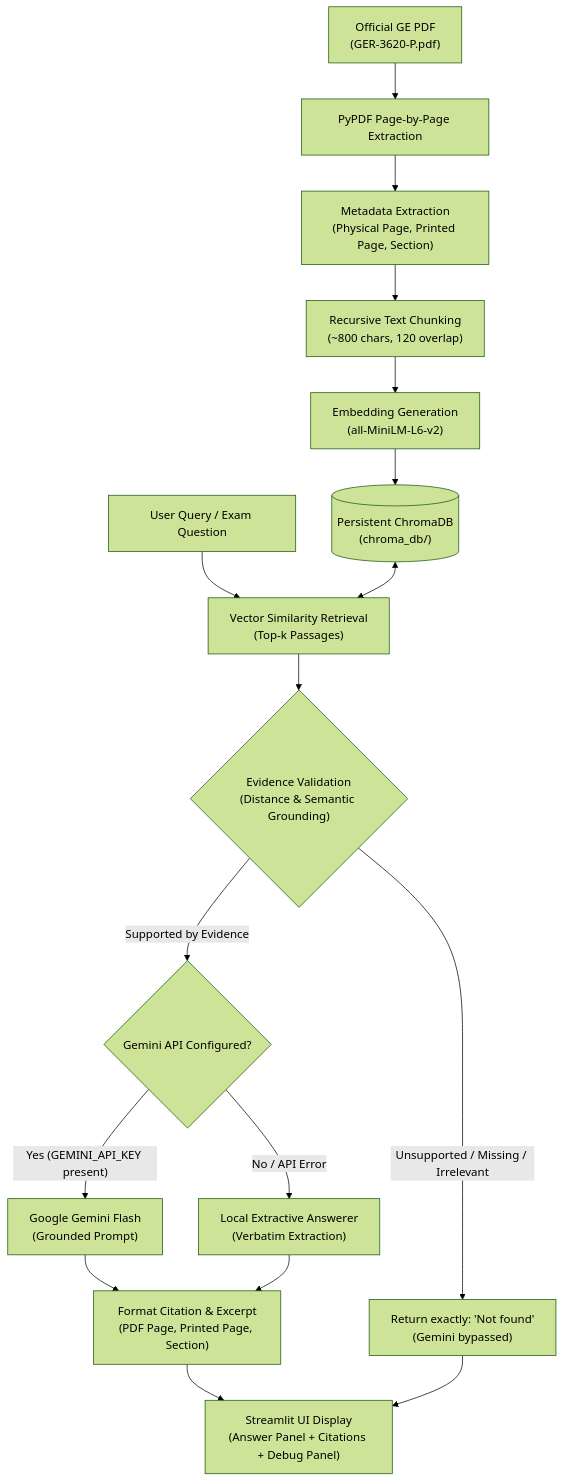
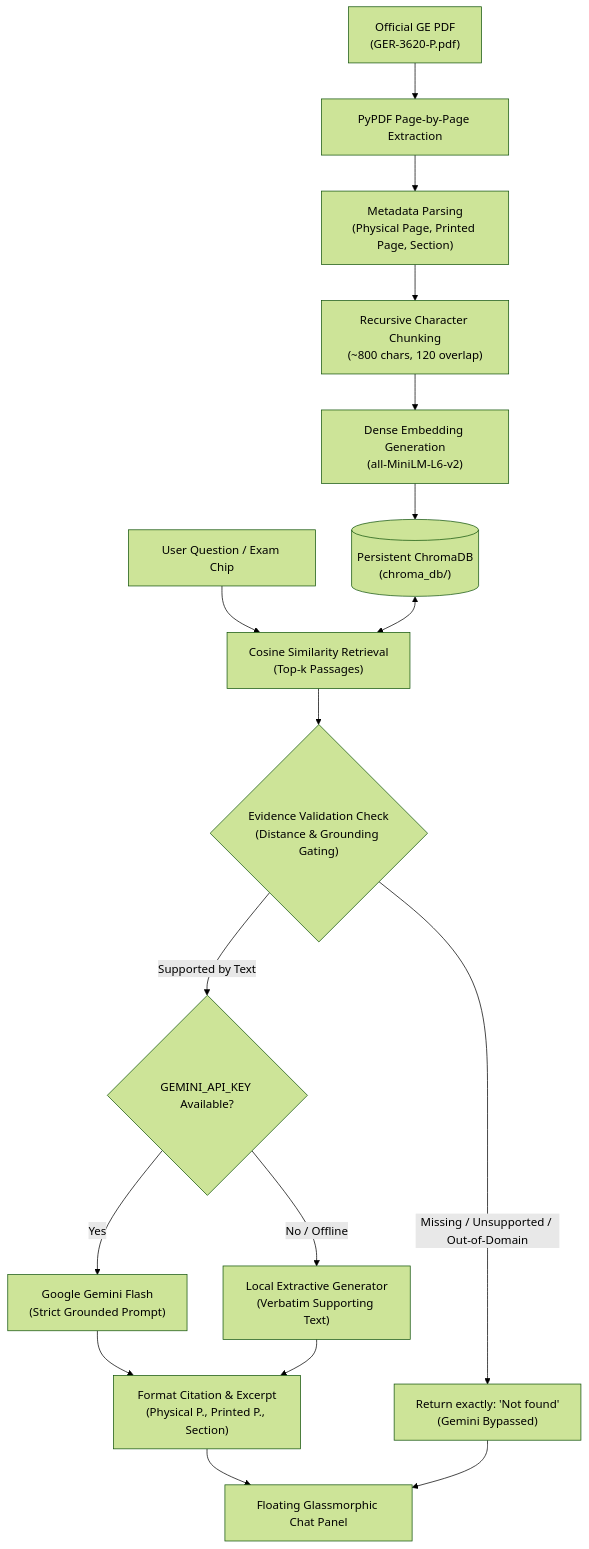
Before and after one commit to iUjjwalRaj/gas-turbine-maintenance-rag: the diagram in README.md, drawn with Mermaid (forest theme). The commit also changed other lines of this file and 23 other files, not shown here.

Commit message:
feat: implement cinematic 3D gas turbine viewer with floating glassmorphic AI panel and complete documentation

````diff
--- a/README.md
+++ b/README.md
@@ -48,24 +72,24 @@
 ```mermaid
 flowchart TD
     A["Official GE PDF<br/>(GER-3620-P.pdf)"] --> B["PyPDF Page-by-Page Extraction"]
-    B --> C["Metadata Extraction<br/>(Physical Page, Printed Page, Section)"]
-    C --> D["Recursive Text Chunking<br/>(~800 chars, 120 overlap)"]
-    D --> E["Embedding Generation<br/>(all-MiniLM-L6-v2)"]
+    B --> C["Metadata Parsing<br/>(Physical Page, Printed Page, Section)"]
+    C --> D["Recursive Character Chunking<br/>(~800 chars, 120 overlap)"]
+    D --> E["Dense Embedding Generation<br/>(all-MiniLM-L6-v2)"]
     E --> F[("Persistent ChromaDB<br/>(chroma_db/)")]
     
-    G["User Query / Exam Question"] --> H["Vector Similarity Retrieval<br/>(Top-k Passages)"]
+    G["User Question / Exam Chip"] --> H["Cosine Similarity Retrieval<br/>(Top-k Passages)"]
     F <--> H
     
-    H --> I{"Evidence Validation<br/>(Distance & Semantic Grounding)"}
+    H --> I{"Evidence Validation Check<br/>(Distance & Grounding Gating)"}
     
-    I -- "Unsupported / Missing / Irrelevant" --> J["Return exactly: 'Not found'<br/>(Gemini bypassed)"]
+    I -- "Missing / Unsupported / Out-of-Domain" --> J["Return exactly: 'Not found'<br/>(Gemini Bypassed)"]
     
-    I -- "Supported by Evidence" --> K{"Gemini API Configured?"}
-    K -- "Yes (GEMINI_API_KEY present)" --> L["Google Gemini Flash<br/>(Grounded Prompt)"]
-    K -- "No / API Error" --> M["Local Extractive Answerer<br/>(Verbatim Extraction)"]
+    I -- "Supported by Text" --> K{"GEMINI_API_KEY Available?"}
+    K -- "Yes" --> L["Google Gemini Flash<br/>(Strict Grounded Prompt)"]
+    K -- "No / Offline" --> M["Local Extractive Generator<br/>(Verbatim Supporting Text)"]
     
-    L --> N["Format Citation & Excerpt<br/>(PDF Page, Printed Page, Section)"]
+    L --> N["Format Citation & Excerpt<br/>(Physical P., Printed P., Section)"]
     M --> N
-    N --> O["Streamlit UI Display<br/>(Answer Panel + Citations + Debug Panel)"]
+    N --> O["Floating Glassmorphic Chat Panel"]
     J --> O
 ```
````
